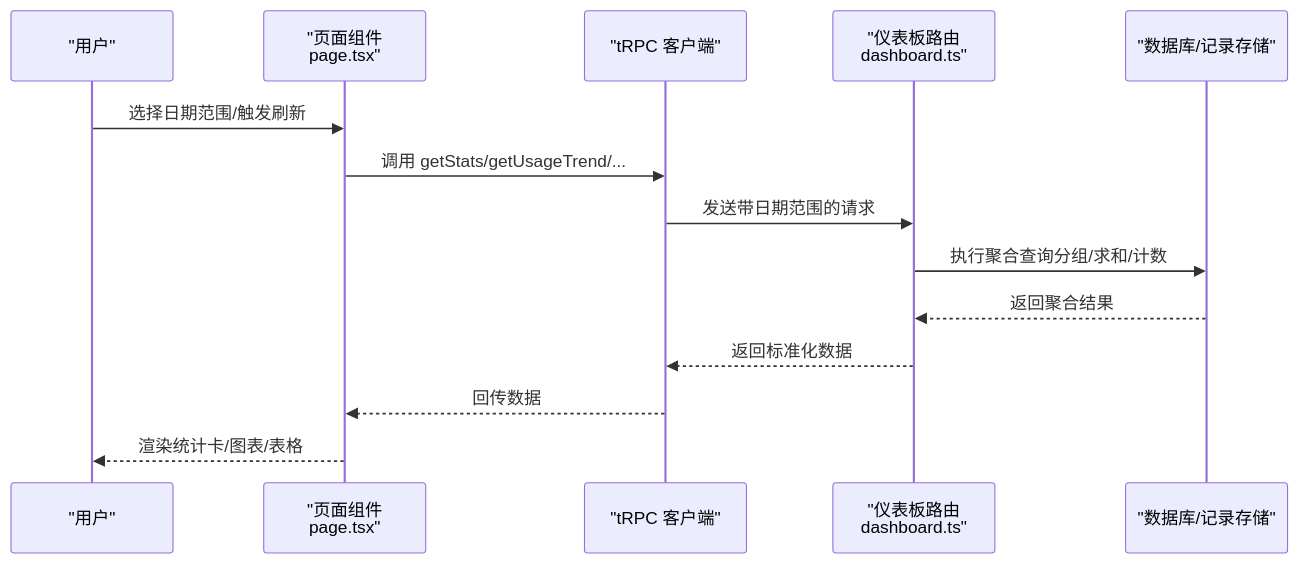
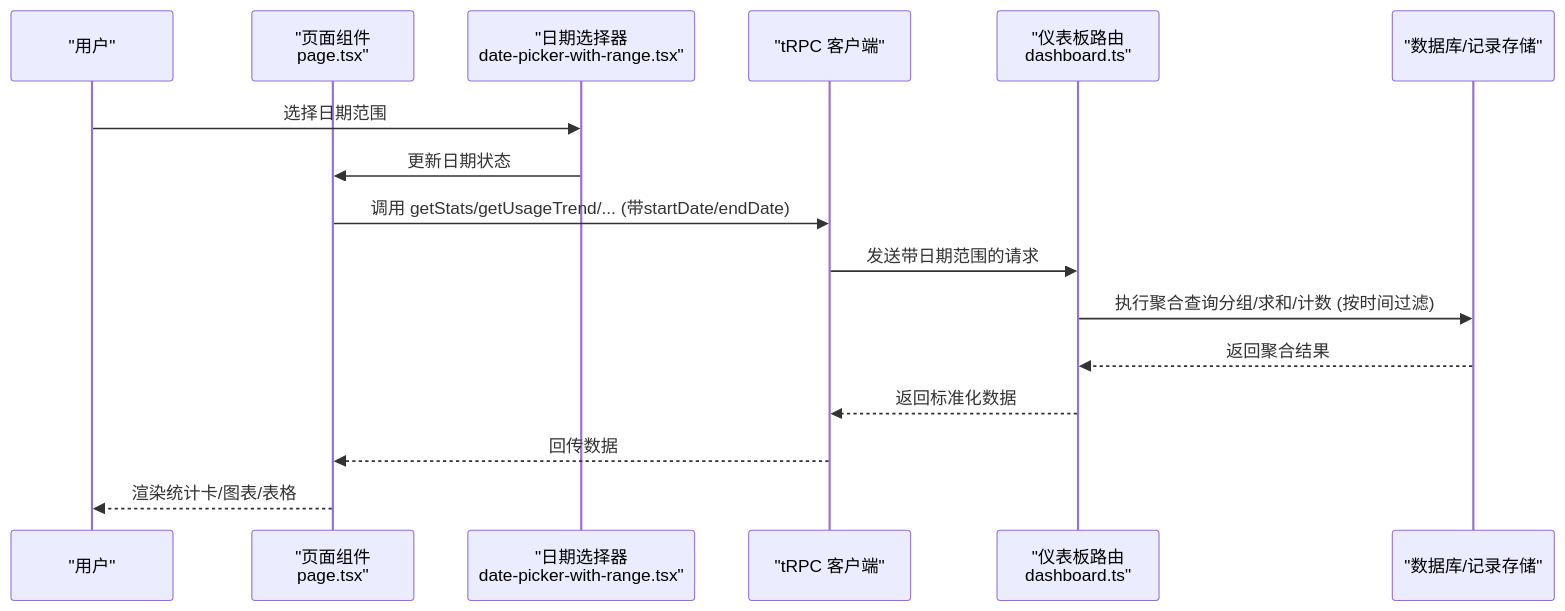
The second of 10 diagrams in .qoder/repowiki/zh/content/监控与分析/仪表板组件.md (RadiumAg/AIGate), drawn with Mermaid before and after one commit. The commit also changed other lines of this file and 8 other files, not shown here.

````diff
--- a/.qoder/repowiki/zh/content/监控与分析/仪表板组件.md
+++ b/.qoder/repowiki/zh/content/监控与分析/仪表板组件.md
@@ -110,16 +125,18 @@
 ```mermaid
 sequenceDiagram
 participant U as "用户"
 participant P as "页面组件<br/>page.tsx"
+participant D as "日期选择器<br/>date-picker-with-range.tsx"
 participant T as "tRPC 客户端"
 participant R as "仪表板路由<br/>dashboard.ts"
 participant DB as "数据库/记录存储"
-U->>P : 选择日期范围/触发刷新
-P->>T : 调用 getStats/getUsageTrend/...
+U->>D : 选择日期范围
+D->>P : 更新日期状态
+P->>T : 调用 getStats/getUsageTrend/... (带startDate/endDate)
 T->>R : 发送带日期范围的请求
-R->>DB : 执行聚合查询分组/求和/计数
+R->>DB : 执行聚合查询分组/求和/计数 (按时间过滤)
 DB-->>R : 返回聚合结果
 R-->>T : 返回标准化数据
 T-->>P : 回传数据
 P-->>U : 渲染统计卡/图表/表格
 ```
````
